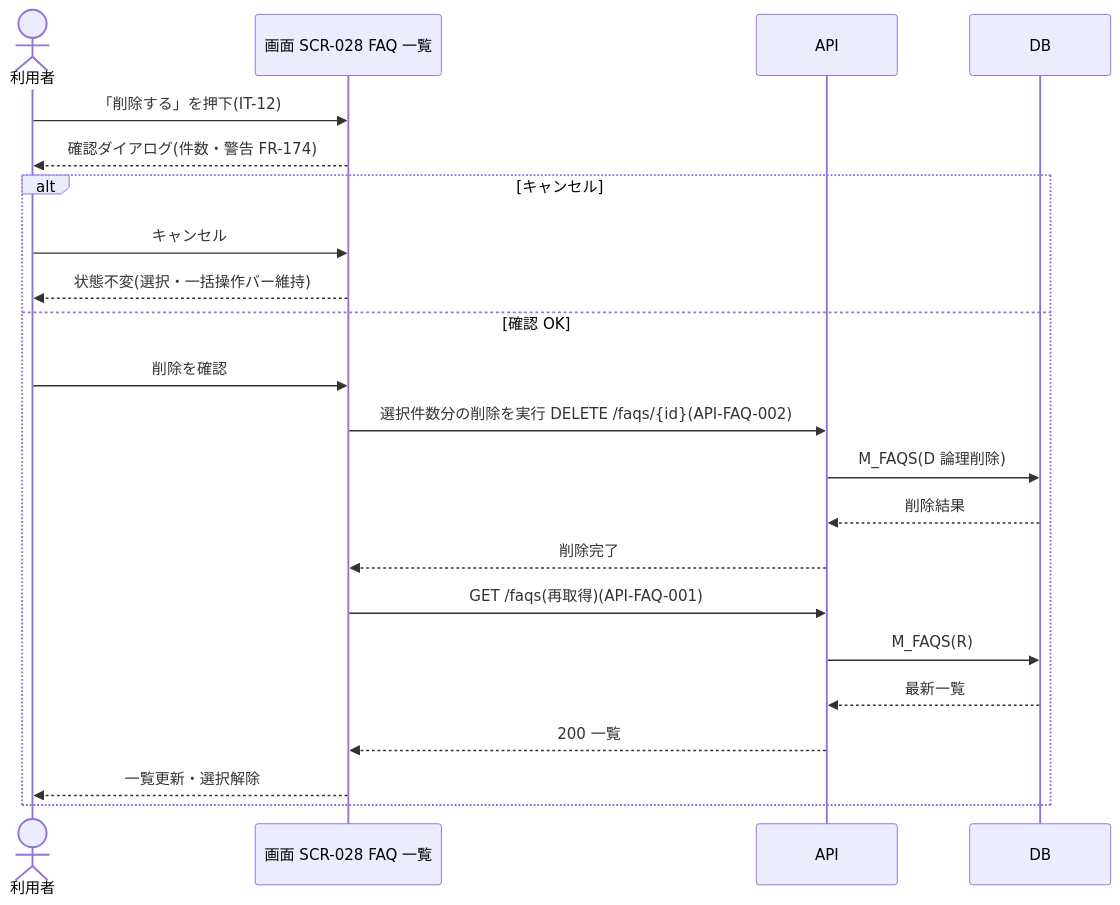
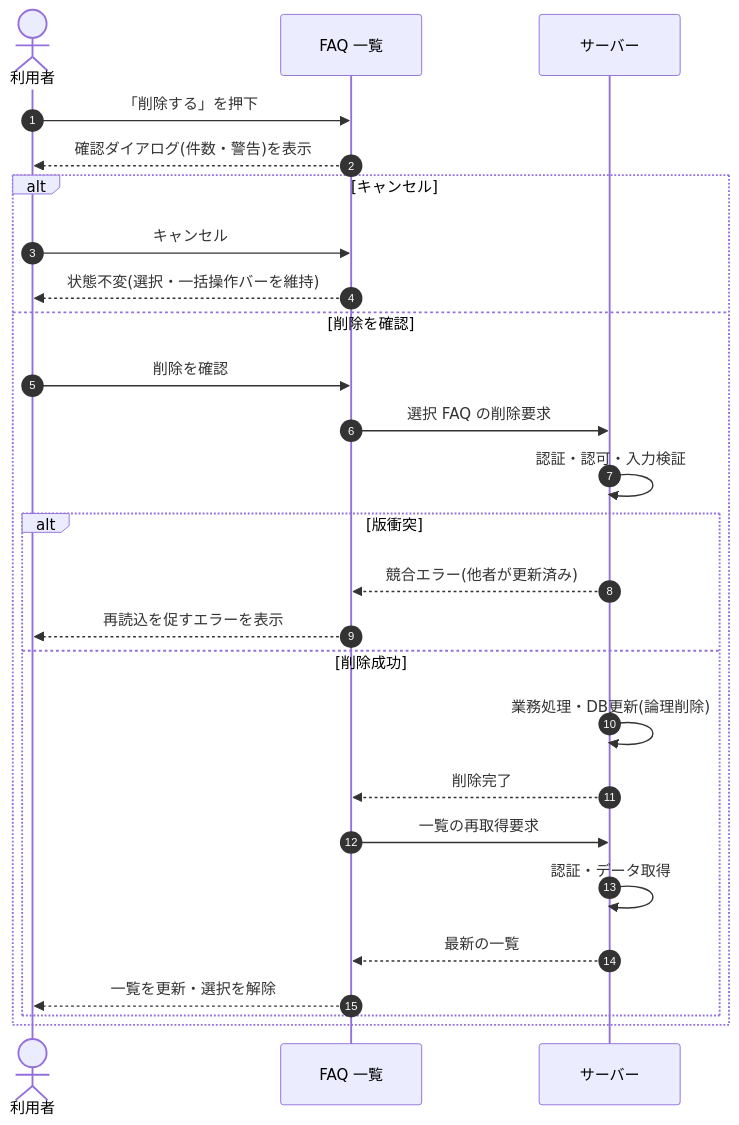
Before and after one commit to sikakou54/open-faq: the diagram in 02_basic_design/05_sequences/SEQ-030.md, drawn with Mermaid. The commit also changed other lines of this file and 108 other files, not shown here.

First line of the commit message:
基本設計: シーケンス図を基本設計粒度(ユーザー/画面/サーバー)へ再編成

````diff
--- a/02_basic_design/05_sequences/SEQ-030.md
+++ b/02_basic_design/05_sequences/SEQ-030.md
@@ -25,24 +32,28 @@
 ```mermaid
 sequenceDiagram
+  autonumber
   actor U as 利用者
-  participant S as 画面 SCR-028 FAQ 一覧
-  participant API as API
-  participant DB as DB
-  U->>S: 「削除する」を押下(IT-12)
-  S-->>U: 確認ダイアログ(件数・警告 FR-174)
+  participant Screen as FAQ 一覧
+  participant Server as サーバー
+  U->>Screen: 「削除する」を押下
+  Screen-->>U: 確認ダイアログ(件数・警告)を表示
   alt キャンセル
-    U->>S: キャンセル
-    S-->>U: 状態不変(選択・一括操作バー維持)
-  else 確認 OK
-    U->>S: 削除を確認
-    S->>API: 選択件数分の削除を実行 DELETE /faqs/{id}(API-FAQ-002)
-    API->>DB: M_FAQS(D 論理削除)
-    DB-->>API: 削除結果
-    API-->>S: 削除完了
-    S->>API: GET /faqs(再取得)(API-FAQ-001)
-    API->>DB: M_FAQS(R)
-    DB-->>API: 最新一覧
-    API-->>S: 200 一覧
-    S-->>U: 一覧更新・選択解除
+    U->>Screen: キャンセル
+    Screen-->>U: 状態不変(選択・一括操作バーを維持)
+  else 削除を確認
+    U->>Screen: 削除を確認
+    Screen->>Server: 選択 FAQ の削除要求
+    Server->>Server: 認証・認可・入力検証
+    alt 版衝突
+      Server-->>Screen: 競合エラー(他者が更新済み)
+      Screen-->>U: 再読込を促すエラーを表示
+    else 削除成功
+      Server->>Server: 業務処理・DB更新(論理削除)
+      Server-->>Screen: 削除完了
+      Screen->>Server: 一覧の再取得要求
+      Server->>Server: 認証・データ取得
+      Server-->>Screen: 最新の一覧
+      Screen-->>U: 一覧を更新・選択を解除
+    end
   end
 ```
````
